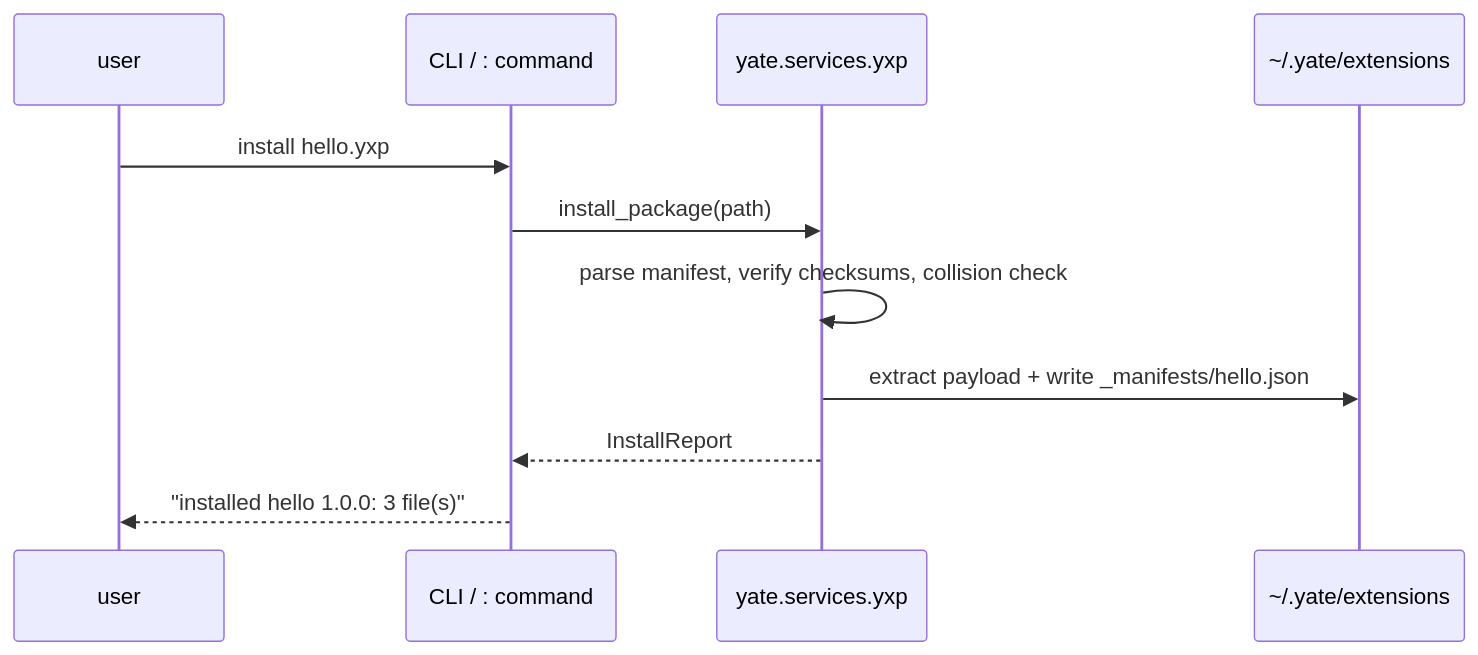
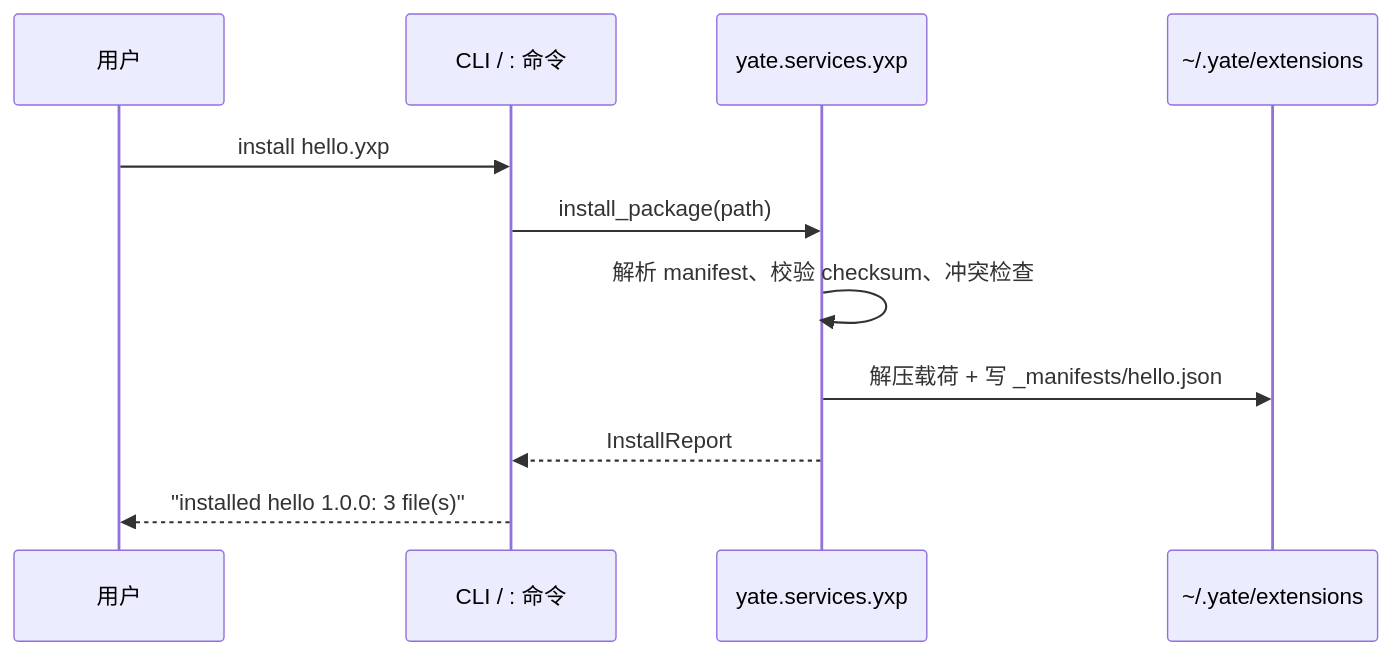
The second of 2 diagrams in .trae/documents/yxp-package-plan.md (BigThxBrigde/yate), drawn with Mermaid before and after one commit. The commit also changed other lines of this file, not shown here.

````diff
--- a/.trae/documents/yxp-package-plan.md
+++ b/.trae/documents/yxp-package-plan.md
@@ -121,13 +113,13 @@
 ```mermaid
 sequenceDiagram
-    participant U as user
-    participant C as CLI / : command
+    participant U as 用户
+    participant C as CLI / : 命令
     participant Y as yate.services.yxp
     participant D as ~/.yate/extensions
     U->>C: install hello.yxp
     C->>Y: install_package(path)
-    Y->>Y: parse manifest, verify checksums, collision check
-    Y->>D: extract payload + write _manifests/hello.json
+    Y->>Y: 解析 manifest、校验 checksum、冲突检查
+    Y->>D: 解压载荷 + 写 _manifests/hello.json
     Y-->>C: InstallReport
     C-->>U: "installed hello 1.0.0: 3 file(s)"
 ```
````
